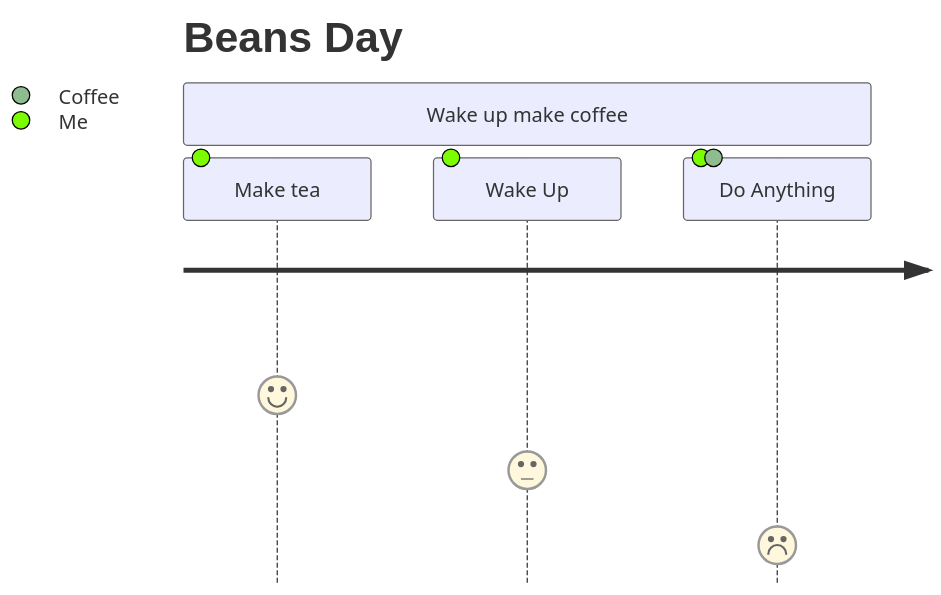
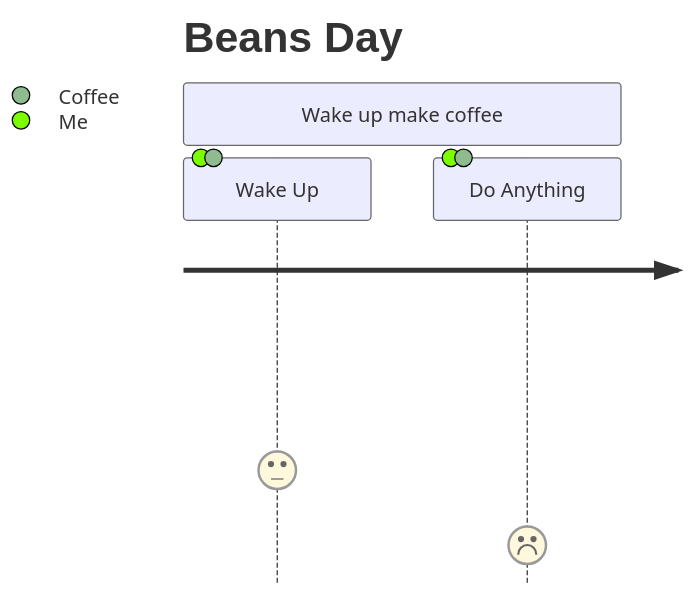
Before and after one commit to MrBeansCoff/MrBeansCoff: the diagram in README.md, drawn with Mermaid.

````diff
--- a/README.md
+++ b/README.md
@@ -137,9 +137,8 @@
 ```mermaid
  journey
    title Beans Day
 
    section Wake up make coffee
-       Make tea: 5: Me
-      Wake Up: 3: Me
+      Wake Up: 3: Me, Coffee
       Do Anything: 1: Me, Coffee
 ```
````
